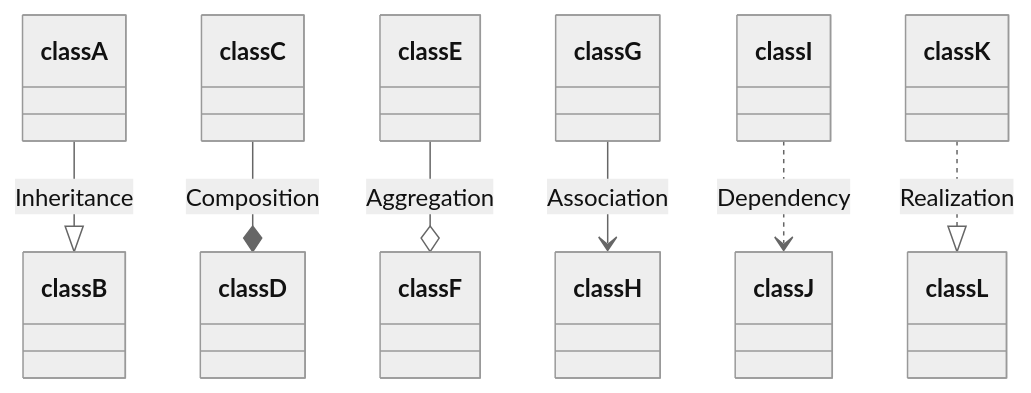
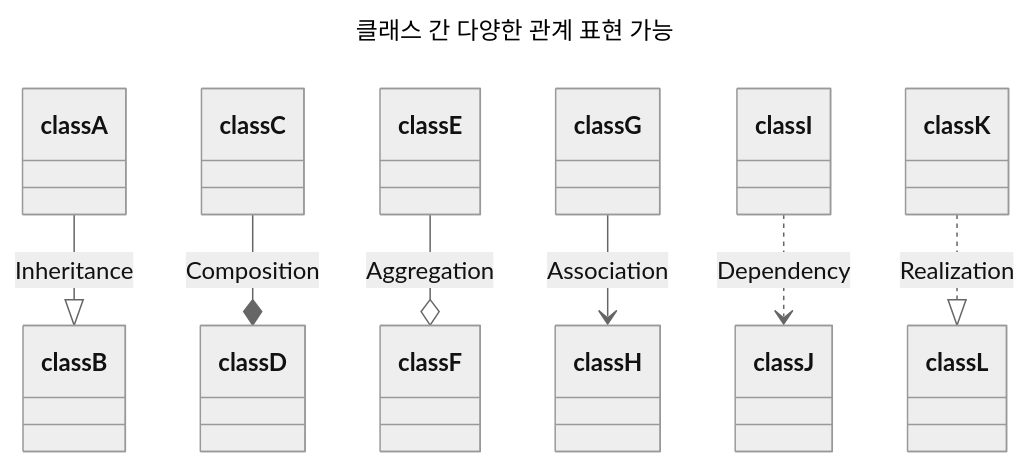
Before and after one commit to monolith-taehyun/docs-mermaid: the sixth of 18 diagrams in README.md, drawn with Mermaid (neutral theme). The commit also changed other lines of this file, not shown here.

Commit message:
클래스 다이어그램 예시 추가

````diff
--- a/README.md
+++ b/README.md
@@ -228,9 +228,12 @@
 ```mermaid
+---
+title: 클래스 간 다양한 관계 표현 가능
+---
 classDiagram
 	classA --|> classB : Inheritance
 	classC --* classD : Composition
 	classE --o classF : Aggregation
 	classG --> classH : Association
 	classI ..> classJ : Dependency
 	classK ..|> classL : Realization
 ```
````
